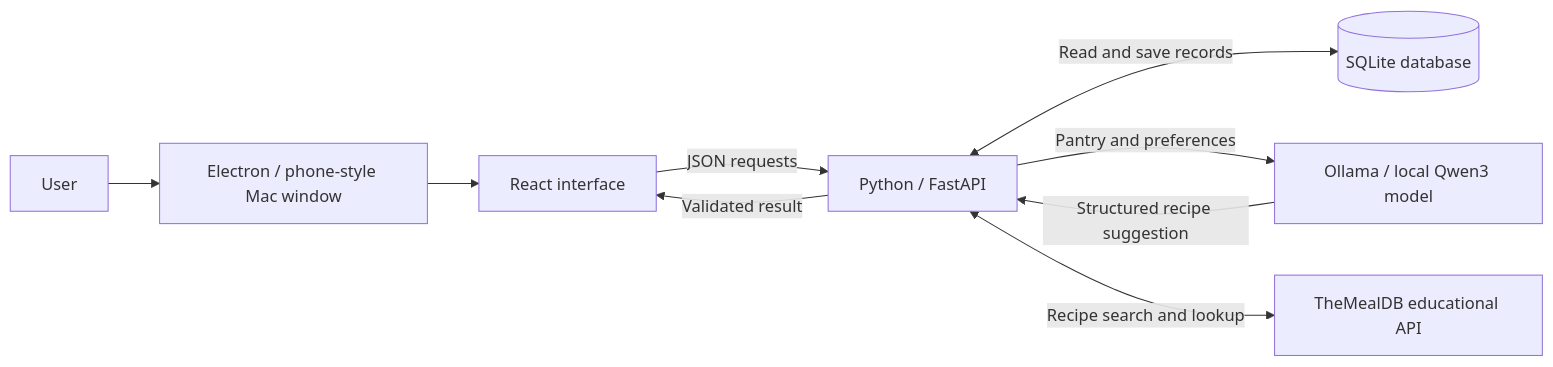
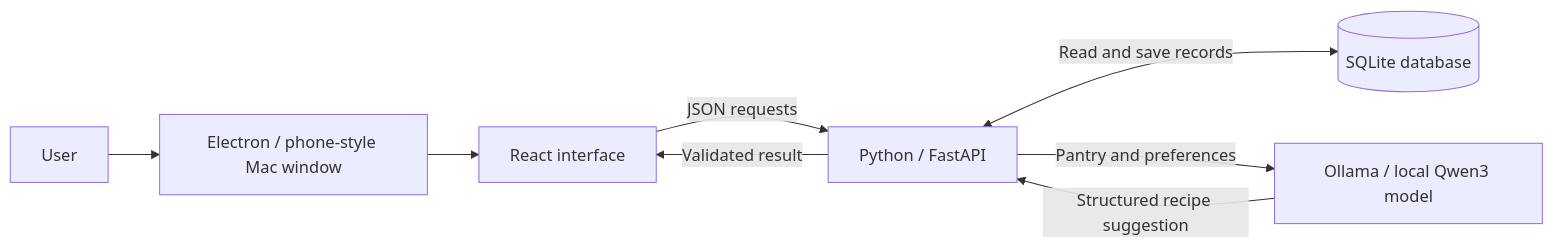
One commit to miggymaliksi/CO-TC-Case-Comp-Winners changed the diagram in docs/TECHNICAL_RUNDOWN.md. Above: the diagram before and after it, drawn with Mermaid. The commit also changed other lines of this file and 14 other files, not shown here.

````diff
--- a/docs/TECHNICAL_RUNDOWN.md
+++ b/docs/TECHNICAL_RUNDOWN.md
@@ -9,11 +9,10 @@
 ```mermaid
 flowchart LR
     U[User] --> E[Electron / phone-style Mac window]
     E --> R[React interface]
     R -->|JSON requests| P[Python / FastAPI]
     P <-->|Read and save records| D[(SQLite database)]
     P -->|Pantry and preferences| O[Ollama / local Qwen3 model]
     O -->|Structured recipe suggestion| P
     P -->|Validated result| R
-    P <-->|Recipe search and lookup| T[TheMealDB educational API]
 ```
````
